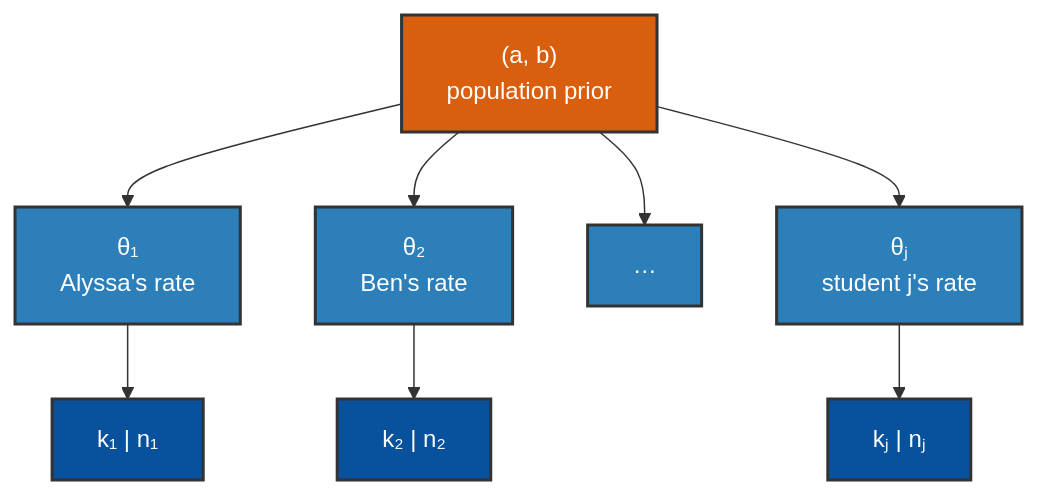
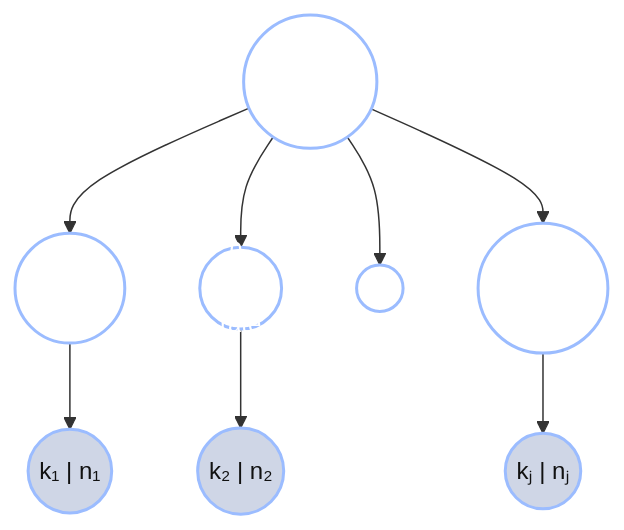
Before and after one commit to josephausterweil/probintro: the diagram in content/intro2/12_hierarchical_bayes/partial-pooling-and-shrinkage.md, drawn with Mermaid. The commit also changed other lines of this file and 3 other files, not shown here.

````diff
--- a/content/intro2/12_hierarchical_bayes/partial-pooling-and-shrinkage.md
+++ b/content/intro2/12_hierarchical_bayes/partial-pooling-and-shrinkage.md
@@ -89,17 +89,15 @@
 ```mermaid
 graph TB
-    AB["(a, b)<br/>population prior"] --> T1["θ₁<br/>Alyssa's rate"]
-    AB --> T2["θ₂<br/>Ben's rate"]
-    AB --> Td["…"]
-    AB --> TJ["θⱼ<br/>student j's rate"]
-    T1 --> K1["k₁ | n₁"]
-    T2 --> K2["k₂ | n₂"]
-    TJ --> KJ["kⱼ | nⱼ"]
+    AB(("(a, b)<br/>population<br/>prior")) --> T1(("θ₁<br/>Alyssa's<br/>rate"))
+    AB --> T2(("θ₂<br/>Ben's<br/>rate"))
+    AB --> Td(("…"))
+    AB --> TJ(("θⱼ<br/>student j's<br/>rate"))
+    T1 --> K1(("k₁ | n₁"))
+    T2 --> K2(("k₂ | n₂"))
+    TJ --> KJ(("kⱼ | nⱼ"))
 
-    classDef top fill:#d95f0e,stroke:#333,stroke-width:2px,color:#fff
-    classDef mid fill:#2c7fb8,stroke:#333,stroke-width:2px,color:#fff
-    classDef obs fill:#08519c,stroke:#333,stroke-width:2px,color:#fff
-    class AB top
-    class T1,T2,Td,TJ mid
-    class K1,K2,KJ obs
+    classDef hidden fill:none,stroke:#9bbcff,stroke-width:2px,color:#fff
+    classDef observed fill:#cfd6e6,stroke:#9bbcff,stroke-width:2px,color:#111
+    class AB,T1,T2,Td,TJ hidden
+    class K1,K2,KJ observed
 ```
````
